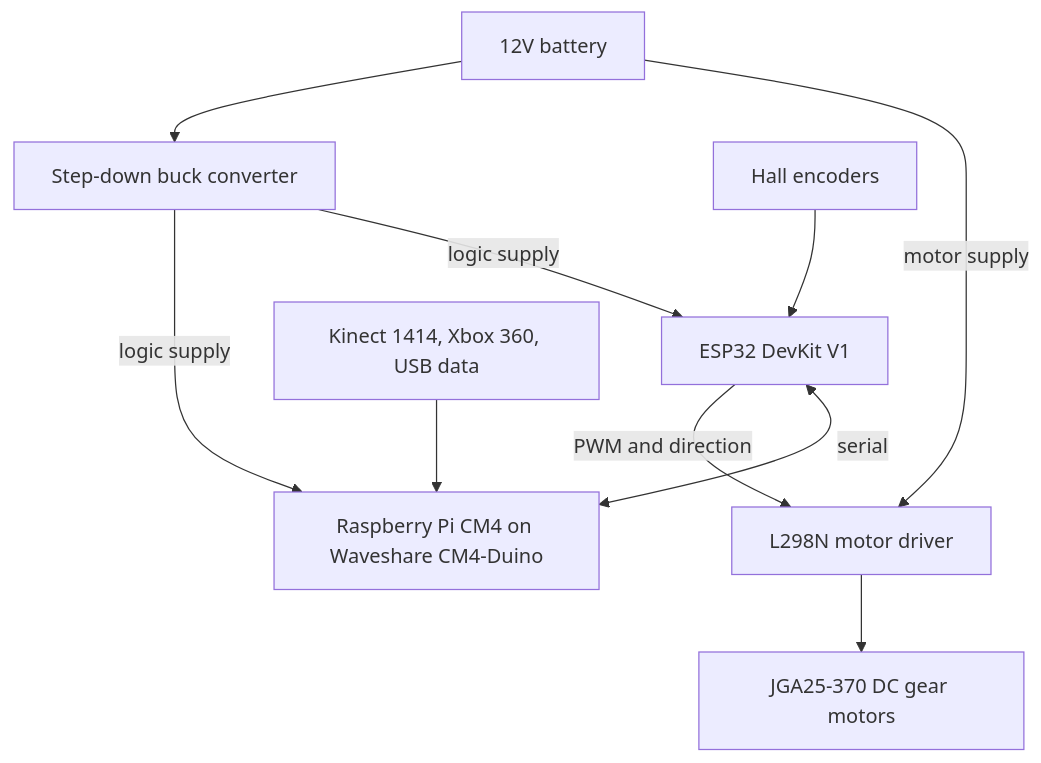
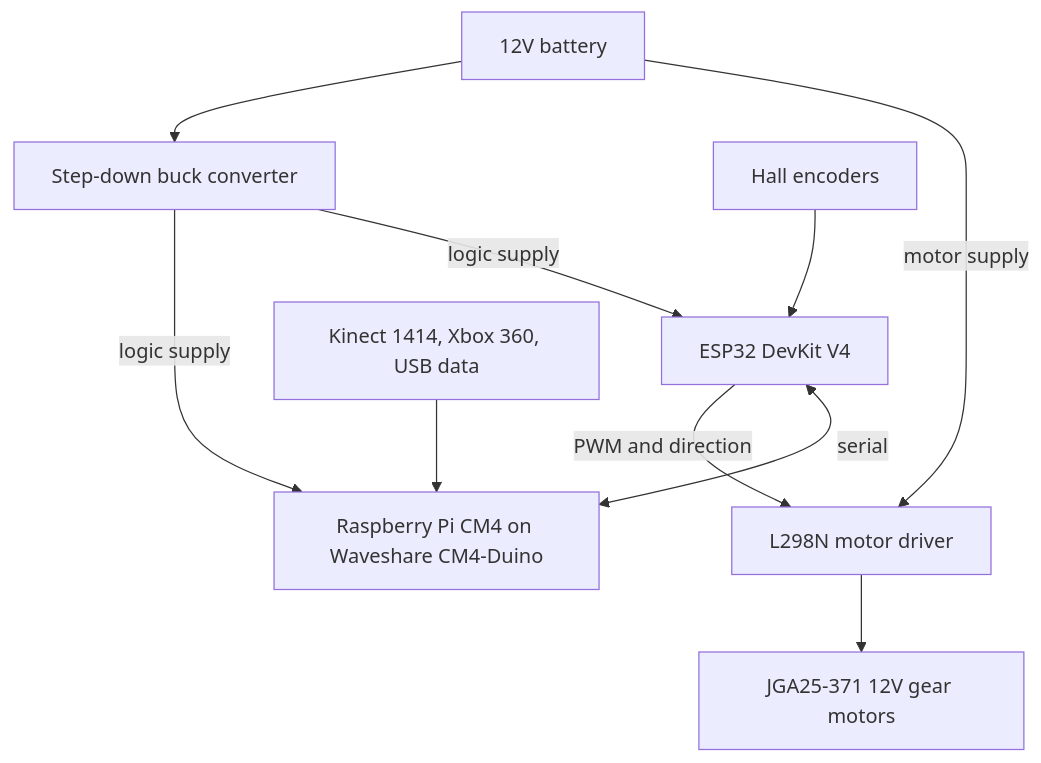
One commit to Vmac89/amr-snall-robot changed the diagram in README.md. Above: the diagram before and after it, drawn with Mermaid. The commit also changed other lines of this file and 14 other files, not shown here.

````diff
--- a/README.md
+++ b/README.md
@@ -45,12 +45,12 @@
 ```mermaid
 flowchart TD
   bat["12V battery"] --> buck["Step-down buck converter"]
   bat -->|"motor supply"| l298["L298N motor driver"]
   buck -->|"logic supply"| cm4["Raspberry Pi CM4 on Waveshare CM4-Duino"]
-  buck -->|"logic supply"| esp["ESP32 DevKit V1"]
+  buck -->|"logic supply"| esp["ESP32 DevKit V4"]
   esp -->|"PWM and direction"| l298
-  l298 --> motors["JGA25-370 DC gear motors"]
+  l298 --> motors["JGA25-371 12V gear motors"]
   enc["Hall encoders"] --> esp
   kinect["Kinect 1414, Xbox 360, USB data"] --> cm4
   esp <-->|"serial"| cm4
 ```
````
